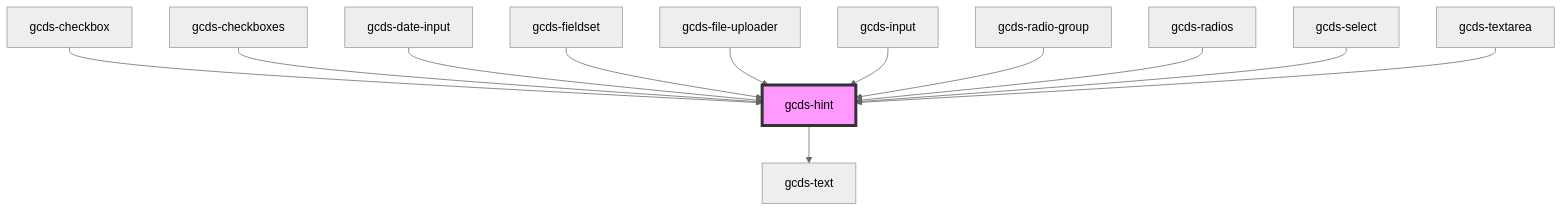
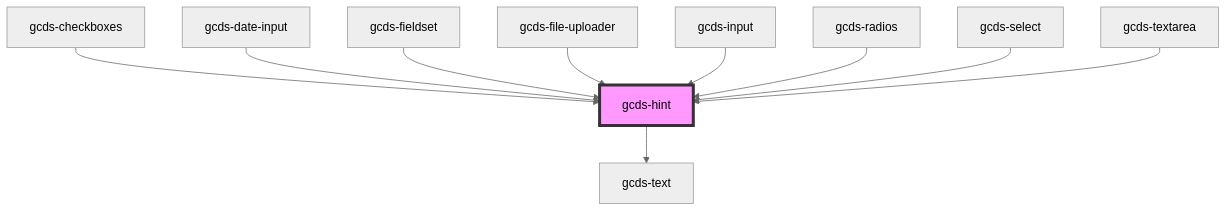
The diagram in packages/web/src/components/gcds-hint/readme.md (cds-snc/gcds-components), drawn with Mermaid (neutral theme) before and after one commit. The commit also changed other lines of this file and 24 other files, not shown here.

Commit message:
remove(gcds-radio-group + gcds-checkbox): Remove old radio group and checkbox components

````diff
--- a/packages/web/src/components/gcds-hint/readme.md
+++ b/packages/web/src/components/gcds-hint/readme.md
@@ -42,15 +40,13 @@
 ```mermaid
 graph TD;
   gcds-hint --> gcds-text
-  gcds-checkbox --> gcds-hint
   gcds-checkboxes --> gcds-hint
   gcds-date-input --> gcds-hint
   gcds-fieldset --> gcds-hint
   gcds-file-uploader --> gcds-hint
   gcds-input --> gcds-hint
-  gcds-radio-group --> gcds-hint
   gcds-radios --> gcds-hint
   gcds-select --> gcds-hint
   gcds-textarea --> gcds-hint
   style gcds-hint fill:#f9f,stroke:#333,stroke-width:4px
 ```
````
